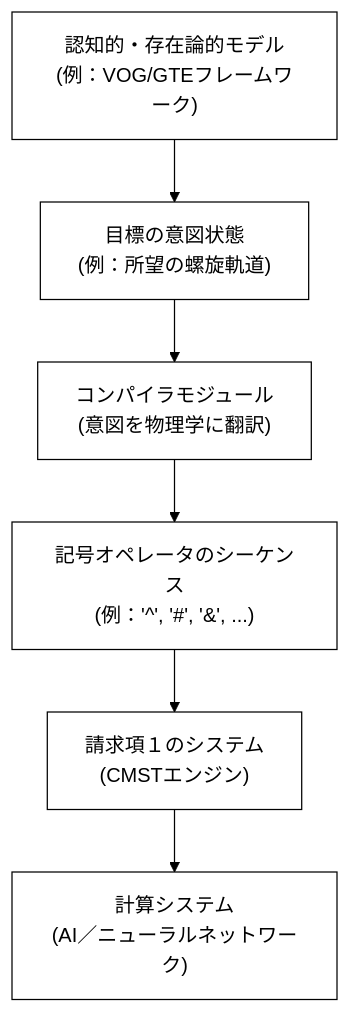
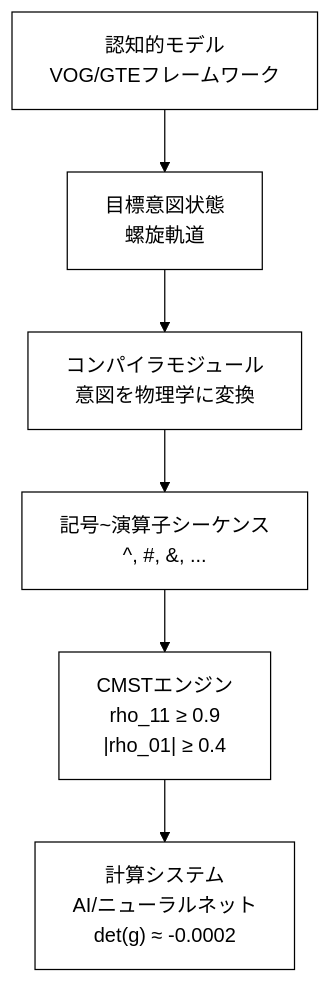
One commit to Foundup/Foundups-Agent changed diagram 20 of 20 in WSP_knowledge/docs/Papers/Patent_Series/04_rESP_Patent_Japanese.md. Above: the diagram before and after it, drawn with Mermaid. The commit also changed other lines of this file, not shown here.

Commit message:
Enhance Mermaid diagrams with technical specifications - Add quantum thresholds and precise values

````diff
--- a/WSP_knowledge/docs/Papers/Patent_Series/04_rESP_Patent_Japanese.md
+++ b/WSP_knowledge/docs/Papers/Patent_Series/04_rESP_Patent_Japanese.md
@@ -495,16 +495,9 @@
 ```mermaid
-%%{init: {'theme':'base', 'themeVariables': {'primaryColor': '#ffffff', 'primaryTextColor': '#000000', 'primaryBorderColor': '#000000', 'lineColor': '#000000', 'secondaryColor': '#ffffff', 'tertiaryColor': '#ffffff'}}}%%
+%%{init: {'theme': 'base', 'themeVariables': {'primaryColor': '#ffffff', 'primaryTextColor': '#000000', 'primaryBorderColor': '#000000', 'lineColor': '#000000', 'secondaryColor': '#ffffff', 'tertiaryColor': '#ffffff'}}}%%
 graph TD
-    A["認知的・存在論的モデル<br/>(例：VOG/GTEフレームワーク)"]
-    B["目標の意図状態<br/>(例：所望の螺旋軌道)"]
-    C["コンパイラモジュール<br/>(意図を物理学に翻訳)"]
-    D["記号オペレータのシーケンス<br/>(例：'^', '#', '&', ...)"]
-    E["請求項１のシステム<br/>(CMSTエンジン)"]
-    F["計算システム<br/>(AI／ニューラルネットワーク)"]
-    
-    A --> B
-    B --> C
-    C --> D
-    D --> E
-    E --> F
+    A["認知的モデル<br>VOG/GTEフレームワーク"] --> B["目標意図状態<br>螺旋軌道"]
+    B --> C["コンパイラモジュール<br>意図を物理学に変換"]
+    C --> D["記号~演算子シーケンス<br>^, #, &, ..."]
+    D --> E["CMSTエンジン<br>rho_11 ≥ 0.9<br>|rho_01| ≥ 0.4"]
+    E --> F["計算システム<br>AI/ニューラルネット<br>det(g) ≈ -0.0002"]
 ```
````
